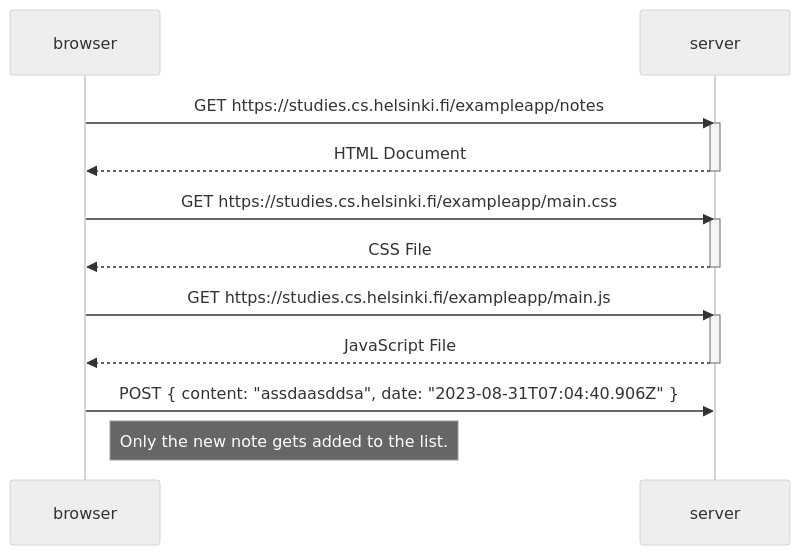
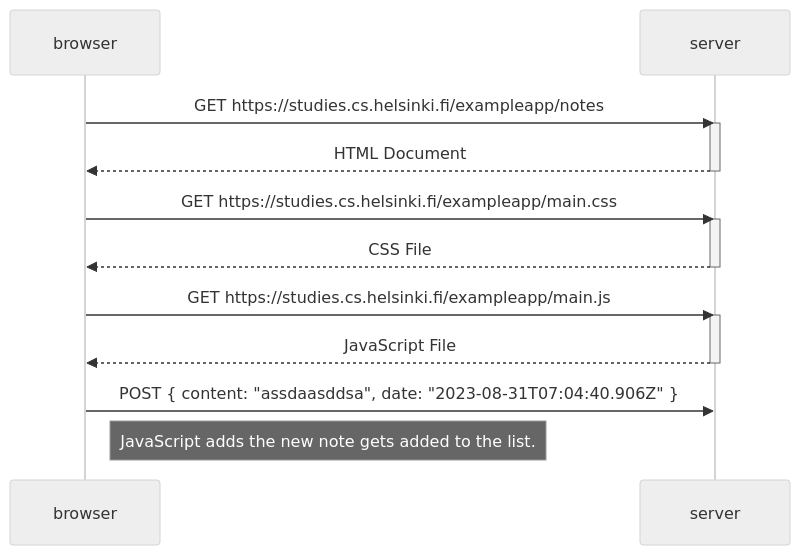
The diagram in part_0.5.md (valtteriper/FullstackOpen), drawn with Mermaid (neutral theme) before and after one commit.

````diff
--- a/part_0.5.md
+++ b/part_0.5.md
@@ -1,25 +1,25 @@
 ```mermaid
 sequenceDiagram
     participant browser
     participant server
     
     browser->>server: GET https://studies.cs.helsinki.fi/exampleapp/notes
     activate server
     server-->>browser: HTML Document
     deactivate server
 
     browser->>server: GET https://studies.cs.helsinki.fi/exampleapp/main.css
     activate server
     server-->>browser: CSS File
     deactivate server
 
     browser->>server: GET https://studies.cs.helsinki.fi/exampleapp/main.js
     activate server
     server-->>browser: JavaScript File
     deactivate server
 
     browser->>server: POST { content: "assdaasddsa", date: "2023-08-31T07:04:40.906Z" }
 
-Note right of browser: Only the new note gets added to the list.
+Note right of browser: JavaScript adds the new note gets added to the list.
 
 ```
````
